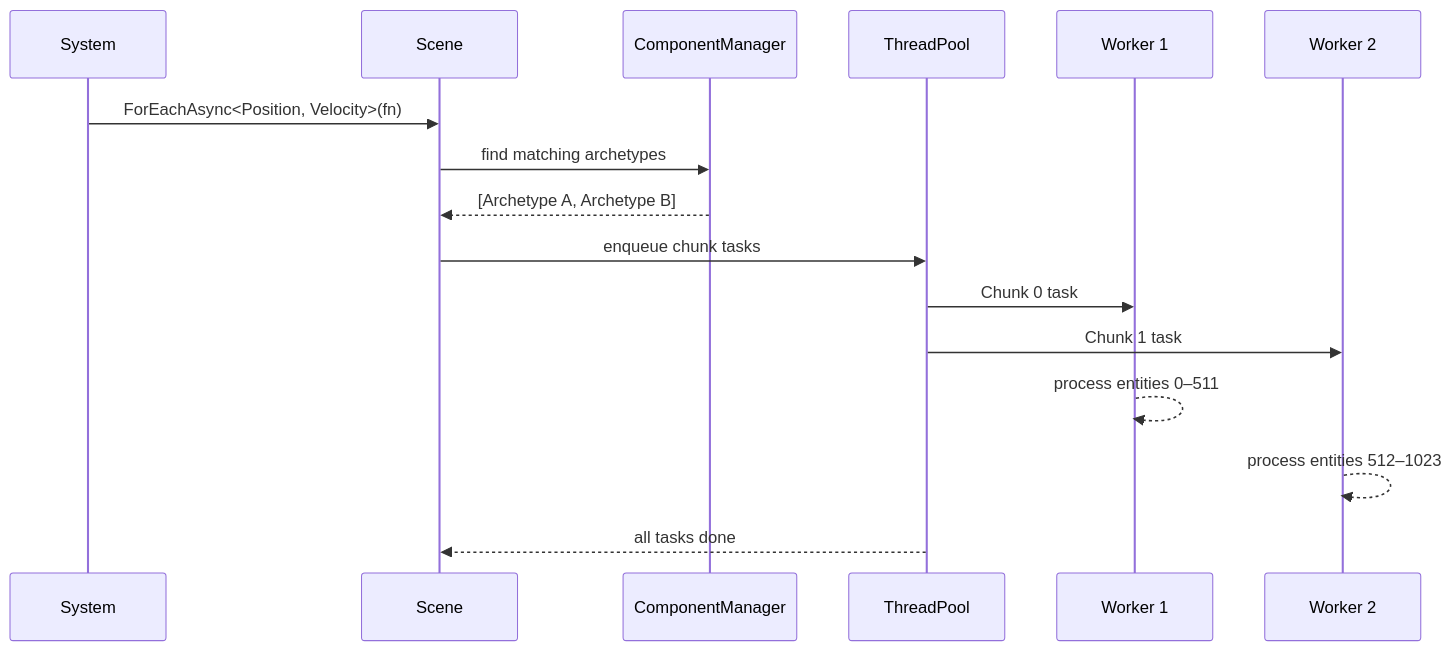
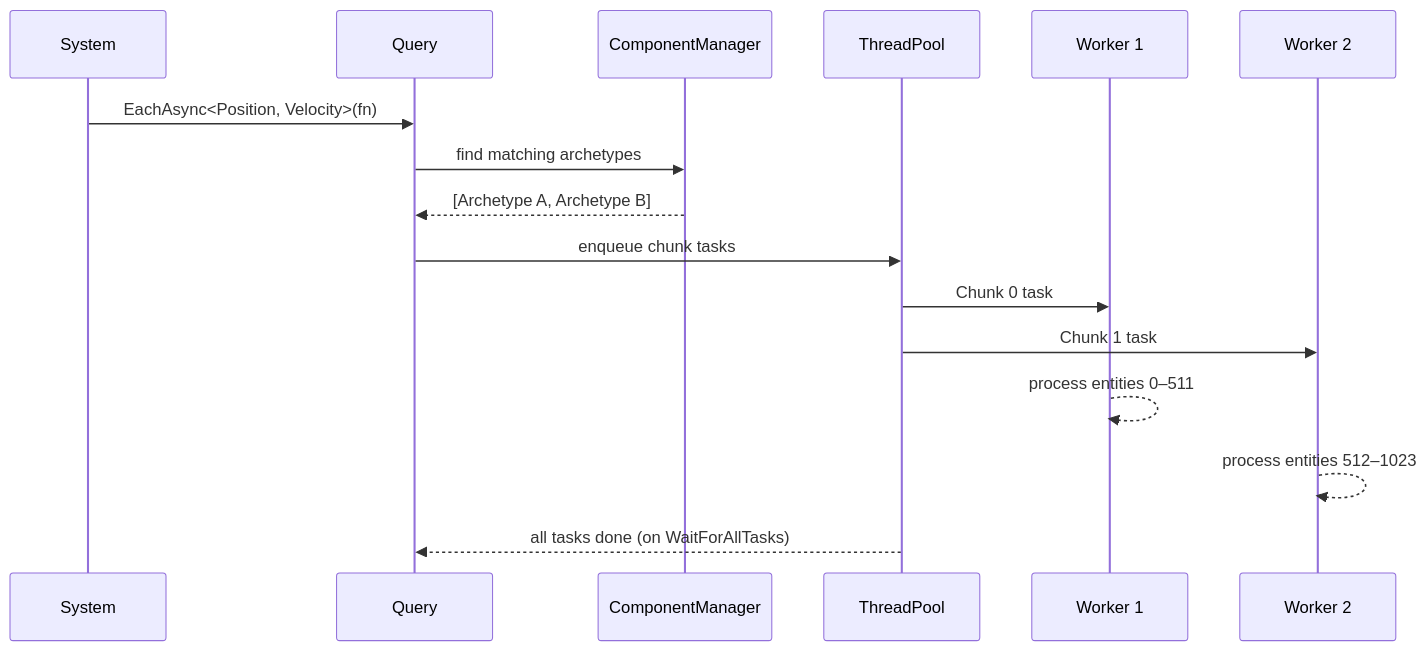
Before and after one commit to gilmar-sales/Freyr: the second of 2 diagrams in docs/concepts/architecture.md, drawn with Mermaid. The commit also changed other lines of this file and 11 other files, not shown here.

````diff
--- a/docs/concepts/architecture.md
+++ b/docs/concepts/architecture.md
@@ -89,19 +92,19 @@
 ```mermaid
 sequenceDiagram
     participant S as System
-    participant SC as Scene
+    participant Q as Query
     participant CM as ComponentManager
     participant TM as ThreadPool
     participant W1 as Worker 1
     participant W2 as Worker 2
 
-    S->>SC: ForEachAsync<Position, Velocity>(fn)
-    SC->>CM: find matching archetypes
-    CM-->>SC: [Archetype A, Archetype B]
-    SC->>TM: enqueue chunk tasks
+    S->>Q: EachAsync<Position, Velocity>(fn)
+    Q->>CM: find matching archetypes
+    CM-->>Q: [Archetype A, Archetype B]
+    Q->>TM: enqueue chunk tasks
     TM->>W1: Chunk 0 task
     TM->>W2: Chunk 1 task
     W1-->>W1: process entities 0–511
     W2-->>W2: process entities 512–1023
-    TM-->>SC: all tasks done
+    TM-->>Q: all tasks done (on WaitForAllTasks)
 ```
````
